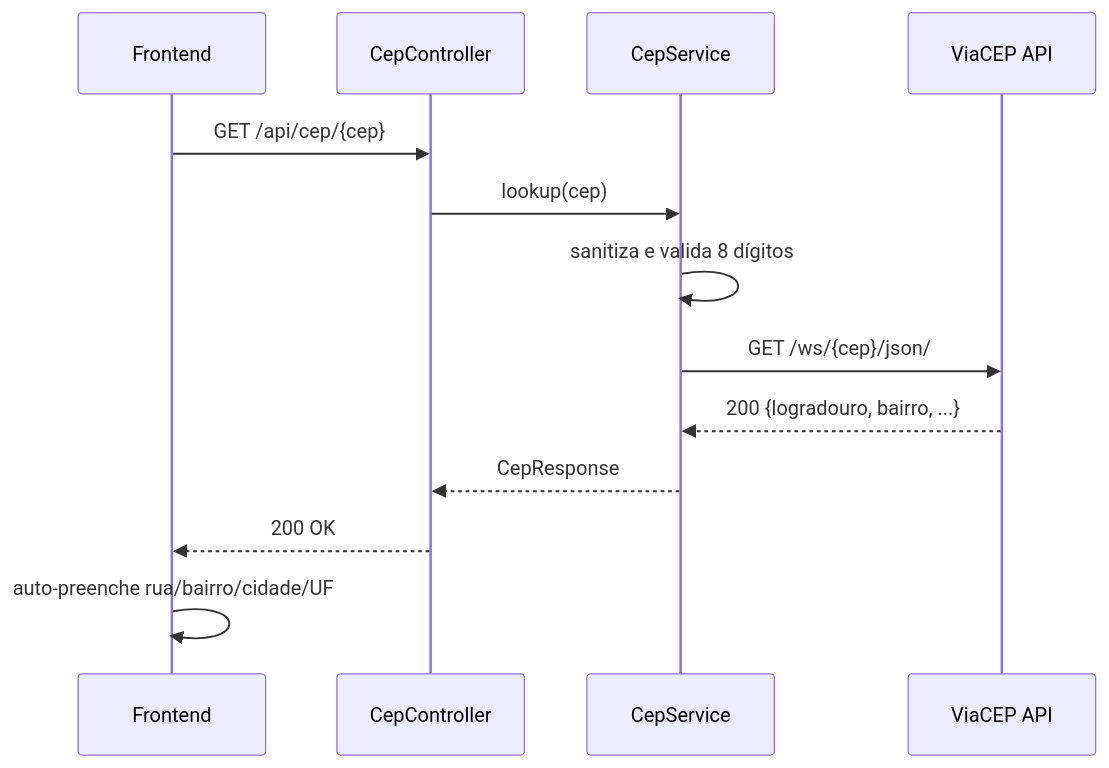
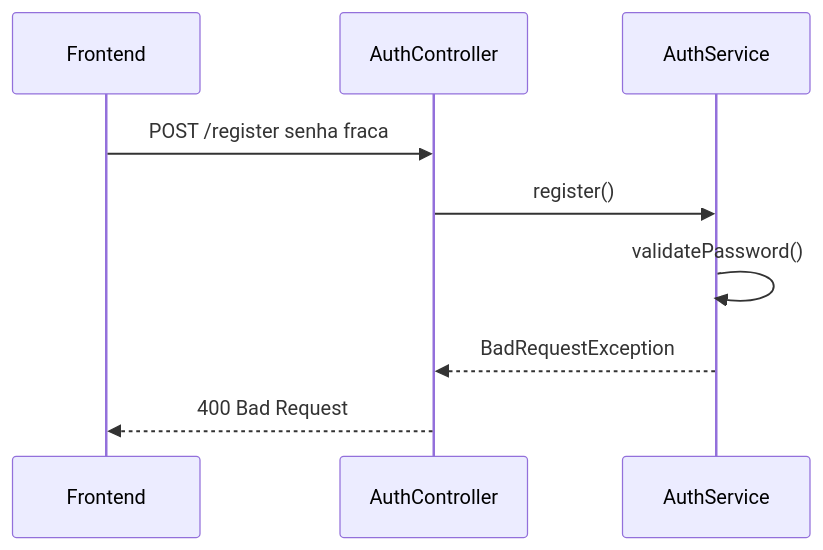
The sixth of 11 diagrams in RTM.md (LetterBook4/LetterBook), drawn with Mermaid before and after one commit. The commit also changed other lines of this file, not shown here.

Commit message:
docs: adiciona diagramas UML faltantes

````diff
--- a/RTM.md
+++ b/RTM.md
@@ -59,16 +96,12 @@
 ```mermaid
 sequenceDiagram
   participant F as Frontend
-  participant CC as CepController
-  participant CS as CepService
-  participant V as ViaCEP API
+  participant AC as AuthController
+  participant AS as AuthService
 
-  F->>CC: GET /api/cep/{cep}
-  CC->>CS: lookup(cep)
-  CS->>CS: sanitiza e valida 8 dígitos
-  CS->>V: GET /ws/{cep}/json/
-  V-->>CS: 200 {logradouro, bairro, ...}
-  CS-->>CC: CepResponse
-  CC-->>F: 200 OK
-  F->>F: auto-preenche rua/bairro/cidade/UF
+  F->>AC: POST /register senha fraca
+  AC->>AS: register()
+  AS->>AS: validatePassword()
+  AS-->>AC: BadRequestException
+  AC-->>F: 400 Bad Request
 ```
````
